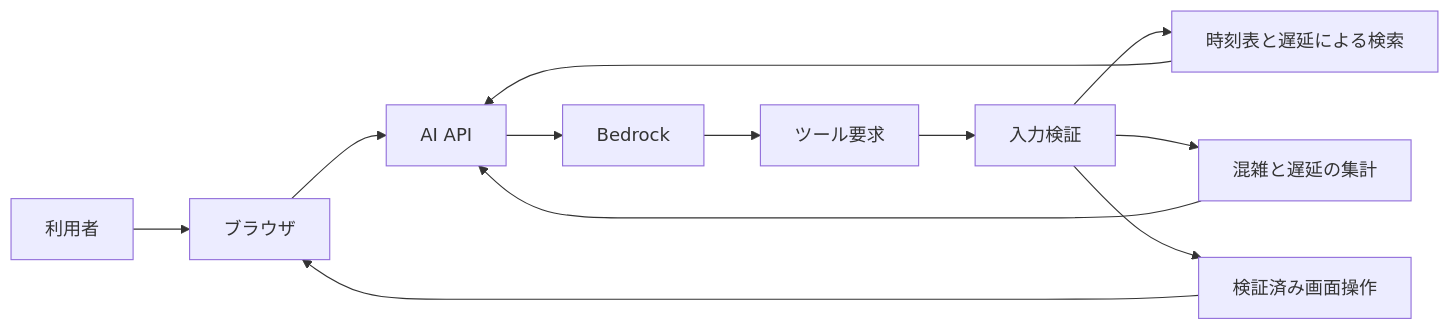
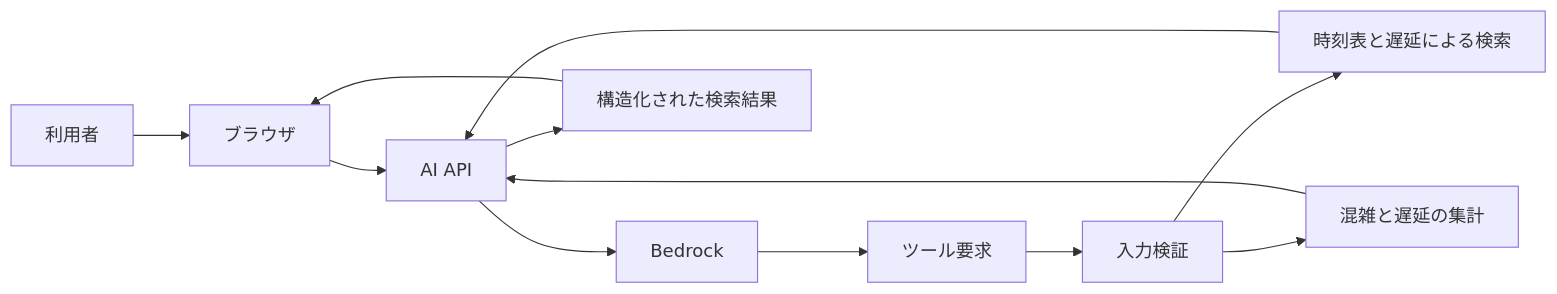
One commit to ymho/transitforge changed the diagram in docs/architecture/ai-operations-guide.md. Above: the diagram before and after it, drawn with Mermaid. The commit also changed other lines of this file and 17 other files, not shown here.

````diff
--- a/docs/architecture/ai-operations-guide.md
+++ b/docs/architecture/ai-operations-guide.md
@@ -19,14 +19,14 @@
 ```mermaid
 flowchart LR
   U[利用者] --> C[ブラウザ]
   C --> A[AI API]
   A --> B[Bedrock]
   B --> T[ツール要求]
   T --> V[入力検証]
   V --> J[時刻表と遅延による検索]
   V --> H[混雑と遅延の集計]
-  V --> O[検証済み画面操作]
   J --> A
   H --> A
-  O --> C
+  A --> R[構造化された検索結果]
+  R --> C
 ```
````
